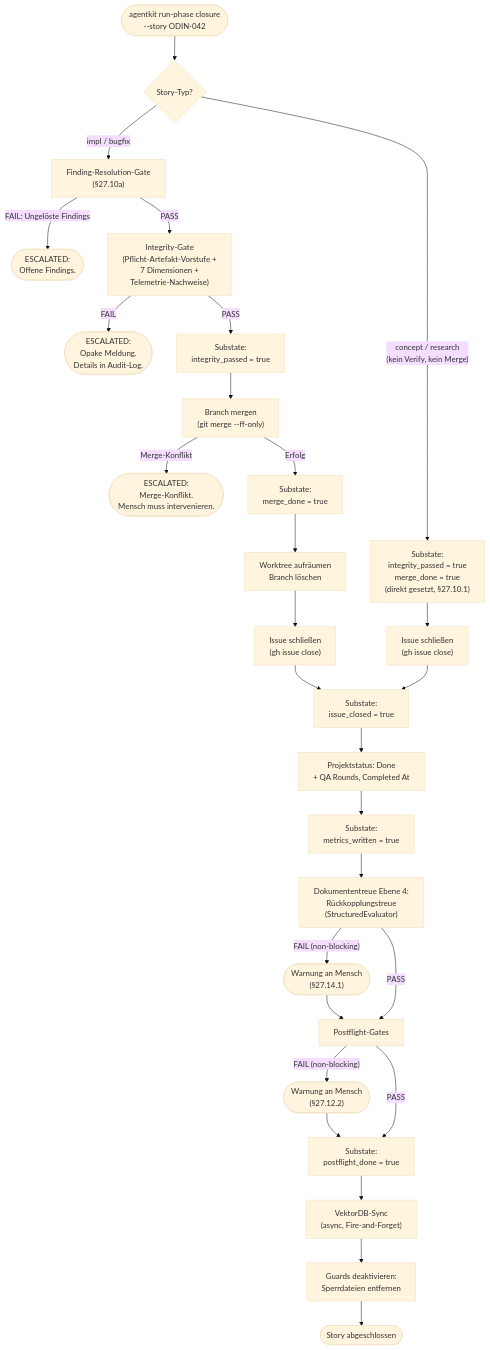
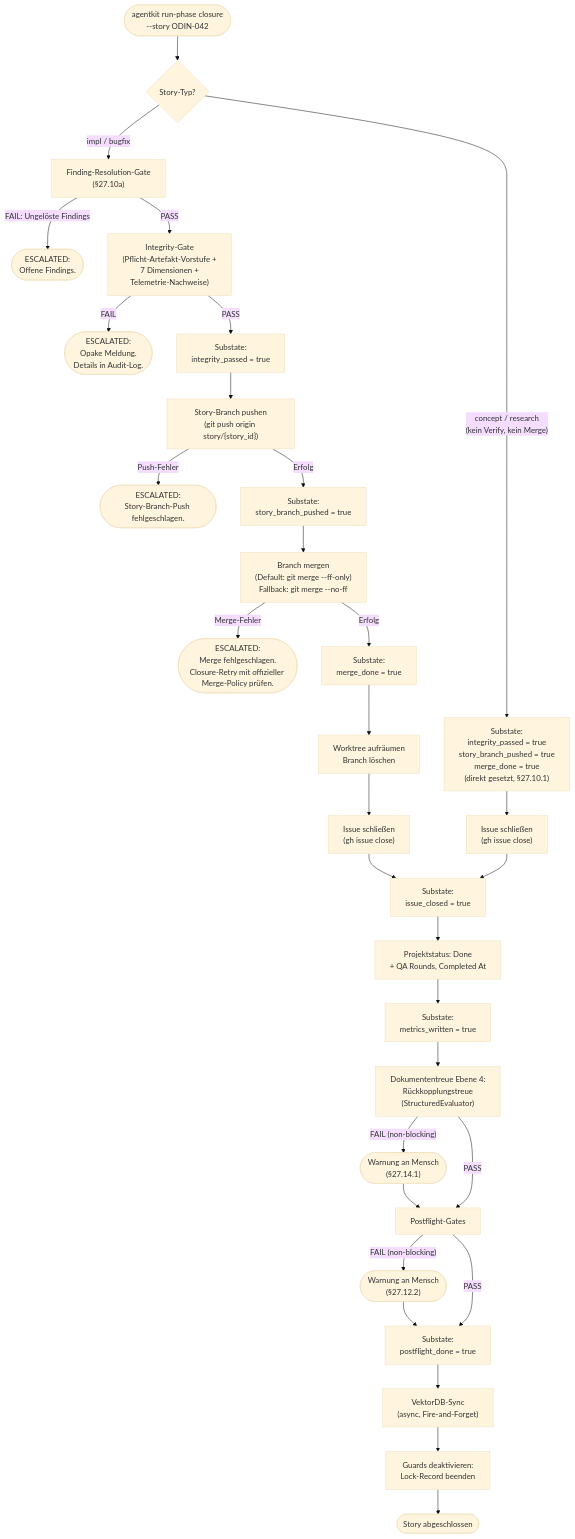
The second of 2 diagrams in concept/technical-design/27_verify_pipeline_closure_orchestration.md (saltenhof/claude-agentkit3), drawn with Mermaid (base theme) before and after one commit. The commit also changed other lines of this file and 135 other files, not shown here.

````diff
--- a/concept/technical-design/27_verify_pipeline_closure_orchestration.md
+++ b/concept/technical-design/27_verify_pipeline_closure_orchestration.md
@@ -1301,40 +1329,44 @@
 ```mermaid
 flowchart TD
     START(["agentkit run-phase closure<br/>--story ODIN-042"]) --> STYPE{Story-Typ?}
 
     STYPE -->|"impl / bugfix"| FR
-    STYPE -->|"concept / research<br/>(kein Verify, kein Merge)"| CR_SUB1["Substate:<br/>integrity_passed = true<br/>merge_done = true<br/>(direkt gesetzt, §27.10.1)"]
+    STYPE -->|"concept / research<br/>(kein Verify, kein Merge)"| CR_SUB1["Substate:<br/>integrity_passed = true<br/>story_branch_pushed = true<br/>merge_done = true<br/>(direkt gesetzt, §27.10.1)"]
     CR_SUB1 --> CLOSE_CR["Issue schließen<br/>(gh issue close)"]
     CLOSE_CR --> SUB3
 
     FR["Finding-Resolution-Gate<br/>(§27.10a)"]
     FR -->|"FAIL: Ungelöste Findings"| ESC_FR(["ESCALATED:<br/>Offene Findings."])
     FR -->|PASS| INTEGRITY
 
     INTEGRITY["Integrity-Gate<br/>(Pflicht-Artefakt-Vorstufe +<br/>7 Dimensionen +<br/>Telemetrie-Nachweise)"]
     INTEGRITY -->|FAIL| ESC_I(["ESCALATED:<br/>Opake Meldung.<br/>Details in Audit-Log."])
     INTEGRITY -->|PASS| SUB1["Substate:<br/>integrity_passed = true"]
 
-    SUB1 --> MERGE["Branch mergen<br/>(git merge --ff-only)"]
-    MERGE -->|Merge-Konflikt| ESC_M(["ESCALATED:<br/>Merge-Konflikt.<br/>Mensch muss intervenieren."])
+    SUB1 --> PUSH_SB["Story-Branch pushen<br/>(git push origin story/{story_id})"]
+    PUSH_SB -->|Push-Fehler| ESC_P(["ESCALATED:<br/>Story-Branch-Push fehlgeschlagen."])
+    PUSH_SB -->|Erfolg| SUB_PUSH["Substate:<br/>story_branch_pushed = true"]
+
+    SUB_PUSH --> MERGE["Branch mergen<br/>(Default: git merge --ff-only)<br/>Fallback: git merge --no-ff"]
+    MERGE -->|Merge-Fehler| ESC_M(["ESCALATED:<br/>Merge fehlgeschlagen.<br/>Closure-Retry mit offizieller Merge-Policy prüfen."])
     MERGE -->|Erfolg| SUB2["Substate:<br/>merge_done = true"]
 
     SUB2 --> TEARDOWN["Worktree aufräumen<br/>Branch löschen"]
     TEARDOWN --> CLOSE["Issue schließen<br/>(gh issue close)"]
     CLOSE --> SUB3["Substate:<br/>issue_closed = true"]
 
     SUB3 --> STATUS["Projektstatus: Done<br/>+ QA Rounds, Completed At"]
     STATUS --> SUB4["Substate:<br/>metrics_written = true"]
 
     SUB4 --> DOCTREUE4["Dokumententreue Ebene 4:<br/>Rückkopplungstreue<br/>(StructuredEvaluator)"]
     DOCTREUE4 -->|"FAIL (non-blocking)"| WARN_DT(["Warnung an Mensch<br/>(§27.14.1)"])
     DOCTREUE4 -->|"PASS"| POSTFLIGHT["Postflight-Gates"]
     WARN_DT --> POSTFLIGHT
     POSTFLIGHT -->|"FAIL (non-blocking)"| WARN_PF(["Warnung an Mensch<br/>(§27.12.2)"])
     POSTFLIGHT -->|"PASS"| SUB5["Substate:<br/>postflight_done = true"]
     WARN_PF --> SUB5
 
     SUB5 --> VDBSYNC["VektorDB-Sync<br/>(async, Fire-and-Forget)"]
-    VDBSYNC --> GUARDS_OFF["Guards deaktivieren:<br/>Sperrdateien entfernen"]
+VDBSYNC --> GUARDS_OFF["Guards deaktivieren:<br/>Lock-Record beenden"]
     GUARDS_OFF --> DONE(["Story abgeschlossen"])
 ```
````
